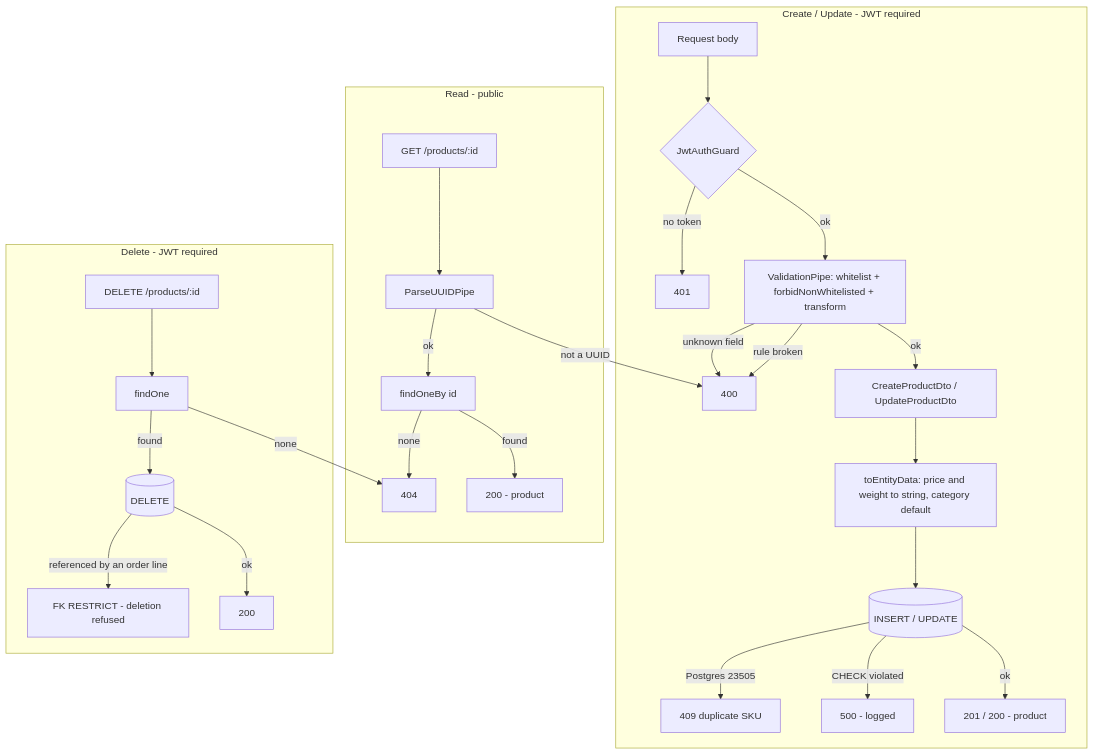
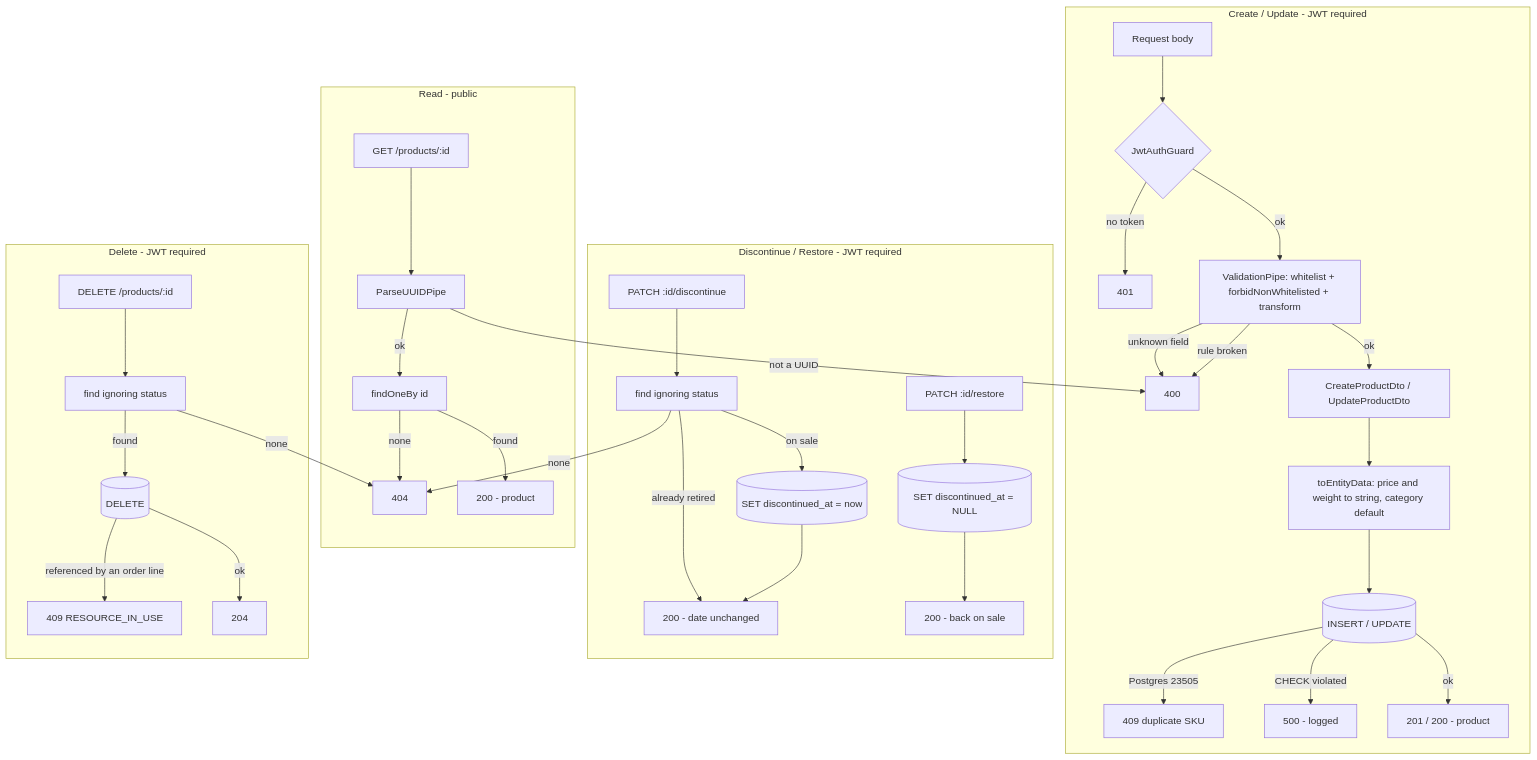
One commit to alejandrogalaz21/e-comerce changed the diagram in docs/processes/P-02-product-crud.md. Above: the diagram before and after it, drawn with Mermaid. The commit also changed other lines of this file and 28 other files, not shown here.

First line of the commit message:
feat(products): discontinue/restore UI, change history and docs (TK-058)

````diff
--- a/docs/processes/P-02-product-crud.md
+++ b/docs/processes/P-02-product-crud.md
@@ -19,32 +19,42 @@
 ```mermaid
 graph TD
     subgraph Write["Create / Update - JWT required"]
         W1[Request body] --> W2{JwtAuthGuard}
         W2 -- no token --> E401[401]
         W2 -- ok --> W3[ValidationPipe: whitelist + forbidNonWhitelisted + transform]
         W3 -- unknown field --> E400[400]
         W3 -- rule broken --> E400
         W3 -- ok --> W4[CreateProductDto / UpdateProductDto]
         W4 --> W5[toEntityData: price and weight to string, category default]
         W5 --> W6[(INSERT / UPDATE)]
         W6 -- Postgres 23505 --> E409[409 duplicate SKU]
         W6 -- CHECK violated --> E500g[500 - logged]
         W6 -- ok --> OK2[201 / 200 - product]
     end
 
     subgraph Read["Read - public"]
         R1[GET /products/:id] --> R2[ParseUUIDPipe]
         R2 -- not a UUID --> E400
         R2 -- ok --> R3[findOneBy id]
         R3 -- none --> E404[404]
         R3 -- found --> OK1[200 - product]
     end
 
+    subgraph Retire["Discontinue / Restore - JWT required"]
+        T1[PATCH :id/discontinue] --> T2[find ignoring status]
+        T2 -- none --> E404
+        T2 -- already retired --> OK4[200 - date unchanged]
+        T2 -- on sale --> T3[(SET discontinued_at = now)]
+        T3 --> OK4
+        T4[PATCH :id/restore] --> T5[(SET discontinued_at = NULL)]
+        T5 --> OK5[200 - back on sale]
+    end
+
     subgraph Delete["Delete - JWT required"]
-        D1[DELETE /products/:id] --> D2[findOne]
+        D1[DELETE /products/:id] --> D2[find ignoring status]
         D2 -- none --> E404
         D2 -- found --> D3[(DELETE)]
-        D3 -- referenced by an order line --> E500r[FK RESTRICT - deletion refused]
-        D3 -- ok --> OK3[200]
+        D3 -- referenced by an order line --> E409r[409 RESOURCE_IN_USE]
+        D3 -- ok --> OK3[204]
     end
 ```
````
